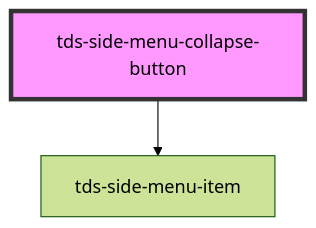
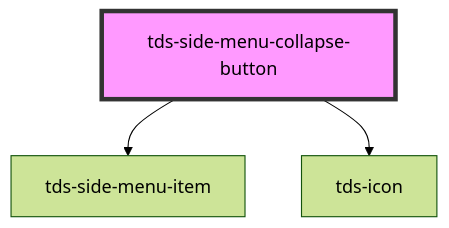
Before and after one commit to scania-digital-design-system/tegel: the diagram in packages/core/src/components/side-menu/side-menu-collapse-button/readme.md, drawn with Mermaid (forest theme). The commit also changed other lines of this file and 15 other files, not shown here.

````diff
--- a/packages/core/src/components/side-menu/side-menu-collapse-button/readme.md
+++ b/packages/core/src/components/side-menu/side-menu-collapse-button/readme.md
@@ -29,5 +30,6 @@
 ```mermaid
 graph TD;
   tds-side-menu-collapse-button --> tds-side-menu-item
+  tds-side-menu-collapse-button --> tds-icon
   style tds-side-menu-collapse-button fill:#f9f,stroke:#333,stroke-width:4px
 ```
````
